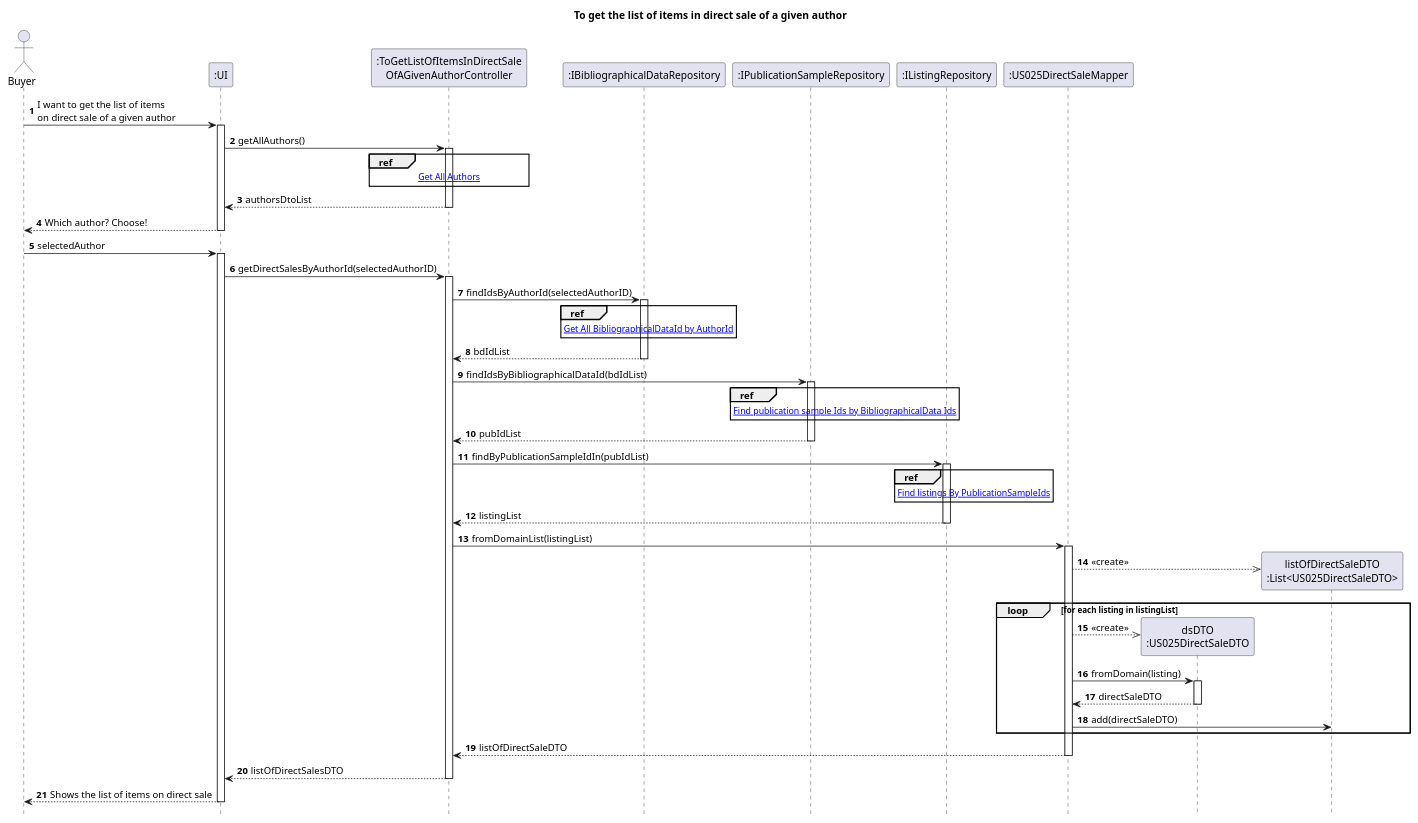
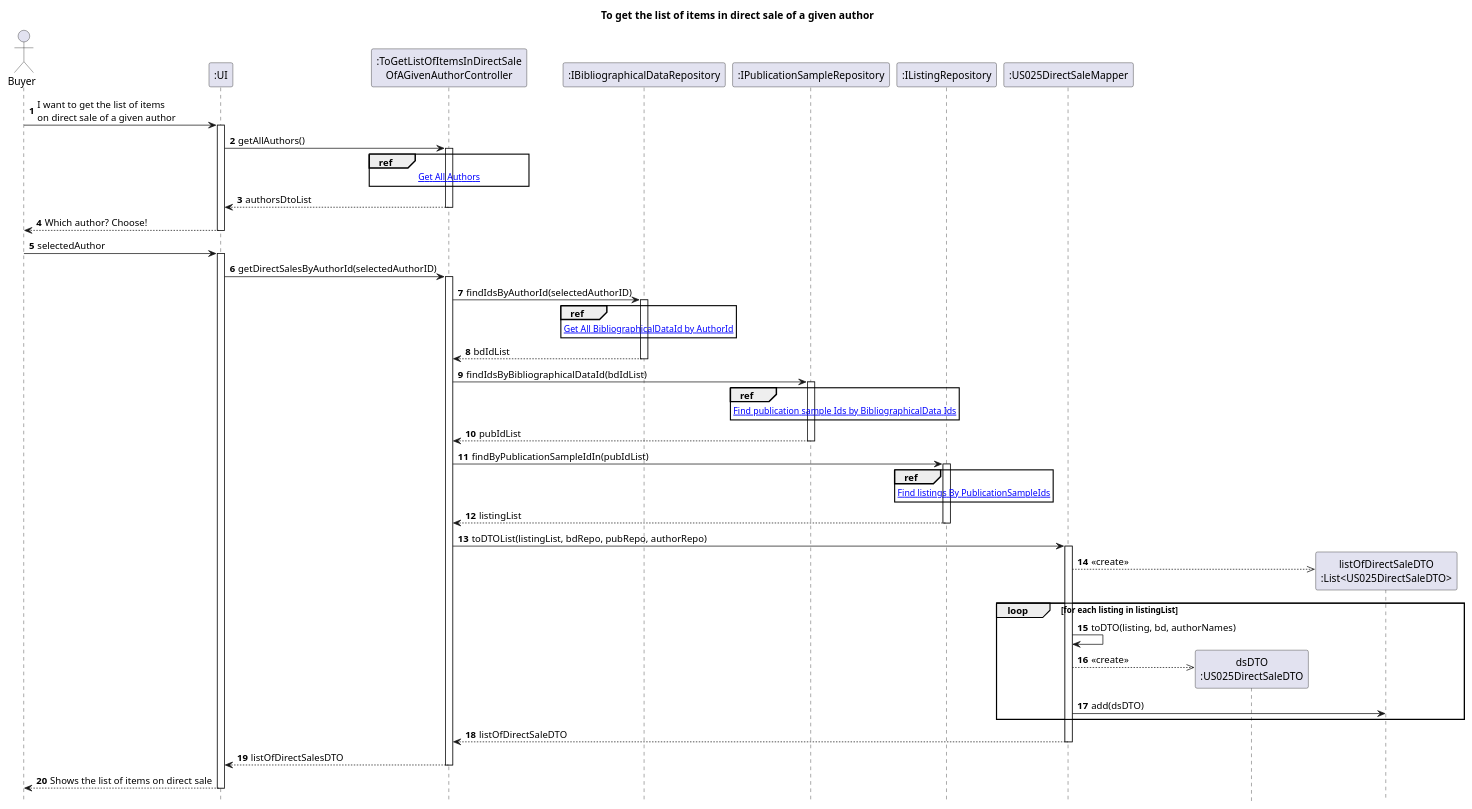
Before and after one commit to AndrePereiraGitH/SWitCH-Project-Team_A: the diagram in Diagrams/SequenceDiagrams/N2/To-get-the-list-of-items-on-direct-sale-of-a-given-author/1.MainDiagram.puml, drawn with PlantUML. The commit also changed 2 other files, not shown here.

Commit message:
docs #768: fixed SD according to new Mapper's logic

```diff
--- a/Diagrams/SequenceDiagrams/N2/To-get-the-list-of-items-on-direct-sale-of-a-given-author/1.MainDiagram.puml
+++ b/Diagrams/SequenceDiagrams/N2/To-get-the-list-of-items-on-direct-sale-of-a-given-author/1.MainDiagram.puml
@@ -1,95 +1,90 @@
 @startuml
 hide footbox
 autonumber
 title To get the list of items in direct sale of a given author
 
 actor Buyer
 
 participant ":UI" as UI
 participant ":ToGetListOfItemsInDirectSale\nOfAGivenAuthorController" as Ctrl
 
 participant ":IBibliographicalDataRepository" as bdRepo
 participant ":IPublicationSampleRepository" as pubRepo
 participant ":IListingRepository" as listingRepo
 
 participant ":US025DirectSaleMapper" as directSaleMapper
 participant "dsDTO\n:US025DirectSaleDTO" as dsDTO
 participant "listOfDirectSaleDTO\n:List<US025DirectSaleDTO>" as ListDTO
 
 Buyer -> UI : I want to get the list of items\non direct sale of a given author
 activate UI
 
 UI -> Ctrl : getAllAuthors()
 activate Ctrl
 
     ref over Ctrl
     [[2.GetAllAuthors.puml Get All Authors]]
     end ref
 
 Ctrl --> UI : authorsDtoList
 deactivate Ctrl
 
 Buyer <-- UI : Which author? Choose!
 deactivate UI
 
 Buyer -> UI : selectedAuthor
 activate UI
 
 UI -> Ctrl : getDirectSalesByAuthorId(selectedAuthorID)
 activate Ctrl
 
 Ctrl -> bdRepo : findIdsByAuthorId(selectedAuthorID)
 activate bdRepo
 
     ref over bdRepo
     [[3.FindBiblioDataIdsByAuthorId.puml Get All BibliographicalDataId by AuthorId]]
     end ref
 
 bdRepo --> Ctrl : bdIdList
 deactivate bdRepo
 
 Ctrl -> pubRepo : findIdsByBibliographicalDataId(bdIdList)
 activate pubRepo
 
     ref over pubRepo
     [[4.FindPublicationSampleIdsByBiblioDataIds.puml Find publication sample Ids by BibliographicalData Ids]]
     end ref
 
 pubRepo --> Ctrl : pubIdList
 deactivate pubRepo
 
 Ctrl -> listingRepo : findByPublicationSampleIdIn(pubIdList)
 activate listingRepo
 
 ref over listingRepo
 [[5.FindListingsByPublicationSampleIds.puml Find listings By PublicationSampleIds]]
 end ref
 
 listingRepo --> Ctrl : listingList
 deactivate listingRepo
 
-Ctrl -> directSaleMapper : fromDomainList(listingList)
+Ctrl -> directSaleMapper : toDTOList(listingList, bdRepo, pubRepo, authorRepo)
 activate directSaleMapper
 
 directSaleMapper -->> ListDTO ** : <<create>>
 
 loop for each listing in listingList
+    directSaleMapper -> directSaleMapper : toDTO(listing, bd, authorNames)
     directSaleMapper -->> dsDTO ** : <<create>>
-    directSaleMapper -> dsDTO : fromDomain(listing)
-    activate dsDTO
-    dsDTO --> directSaleMapper : directSaleDTO
-    deactivate dsDTO
-    directSaleMapper -> ListDTO : add(directSaleDTO)
+    directSaleMapper -> ListDTO : add(dsDTO)
 end
-
-deactivate ListDTO
 
 directSaleMapper --> Ctrl : listOfDirectSaleDTO
 deactivate directSaleMapper
 
 Ctrl --> UI : listOfDirectSalesDTO
 deactivate Ctrl
 
 UI --> Buyer : Shows the list of items on direct sale
 deactivate UI
 @enduml
```
